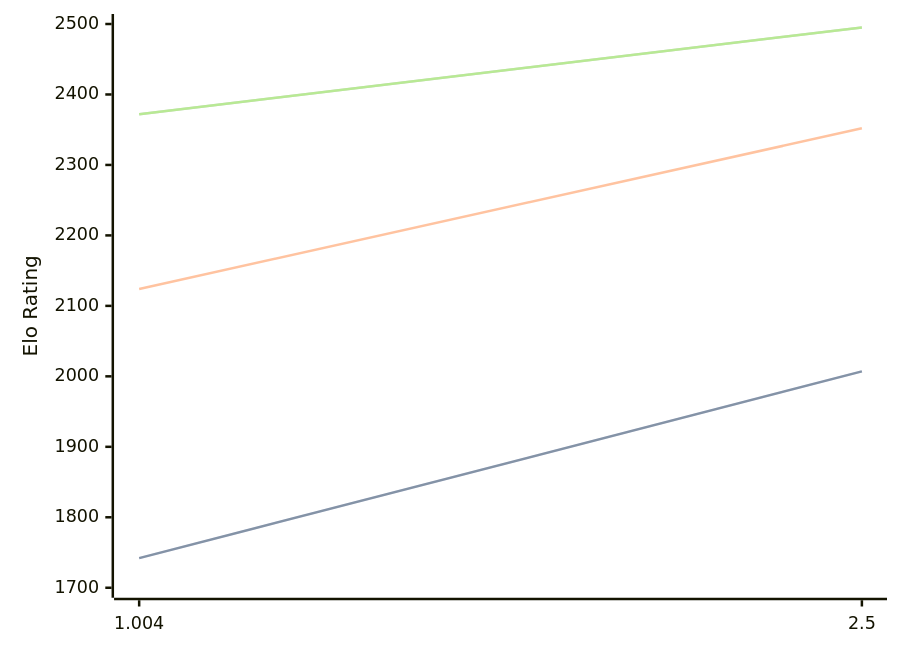
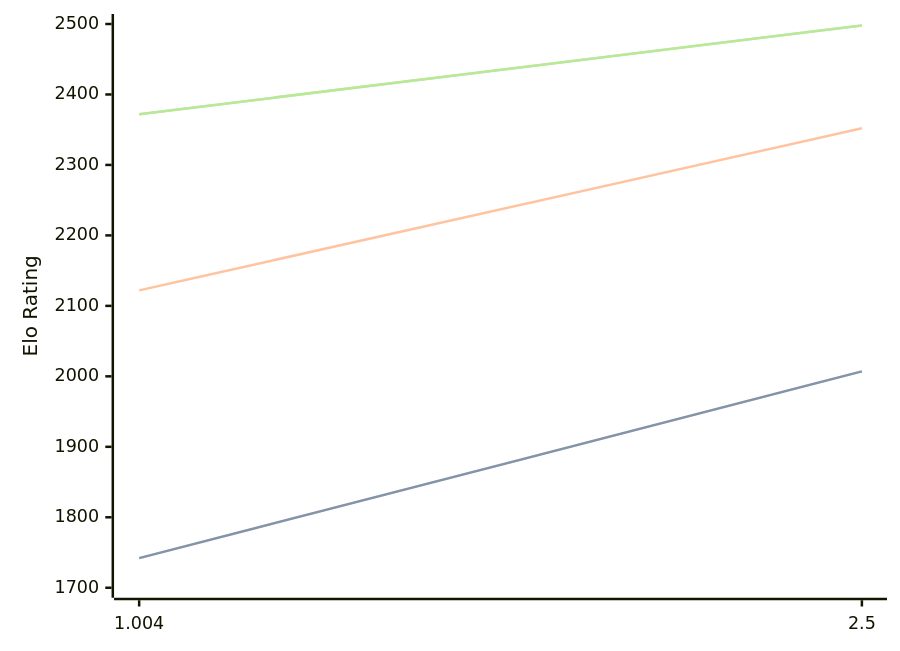
The diagram in engines/Ares.md (computer-chess-index/cci), drawn with Mermaid before and after one commit. The commit also changed other lines of this file, not shown here.

Commit message:
Update CCI Ratings (ELO VLTC) - 2026-02-27

````diff
--- a/engines/Ares.md
+++ b/engines/Ares.md
@@ -30,11 +30,11 @@
 ```mermaid
 %%{init: {"theme":"base","themeVariables":{"seriesColors:['#a3a3a3','#222221','#faa371']}}}%%
 xychart-beta
   x-axis ["1.004", "2.5"]
   y-axis "Elo Rating" 1700 --> 2500
   line "STC (8.0+0.08s)" [1742, 2007]
   line "STC (8.0+0.08s)" [1742, 2007]
-  line "LTC (60.0+0.60s)" [2124, 2352]
-  line "VLTC (2m24s+1.12s)" [2372, 2495]
-  line "VLTC (2m24s+1.12s)" [2372, 2495]
+  line "LTC (60.0+0.60s)" [2122, 2352]
+  line "VLTC (2m24s+1.12s)" [2372, 2498]
+  line "VLTC (2m24s+1.12s)" [2372, 2498]
 ```
````
